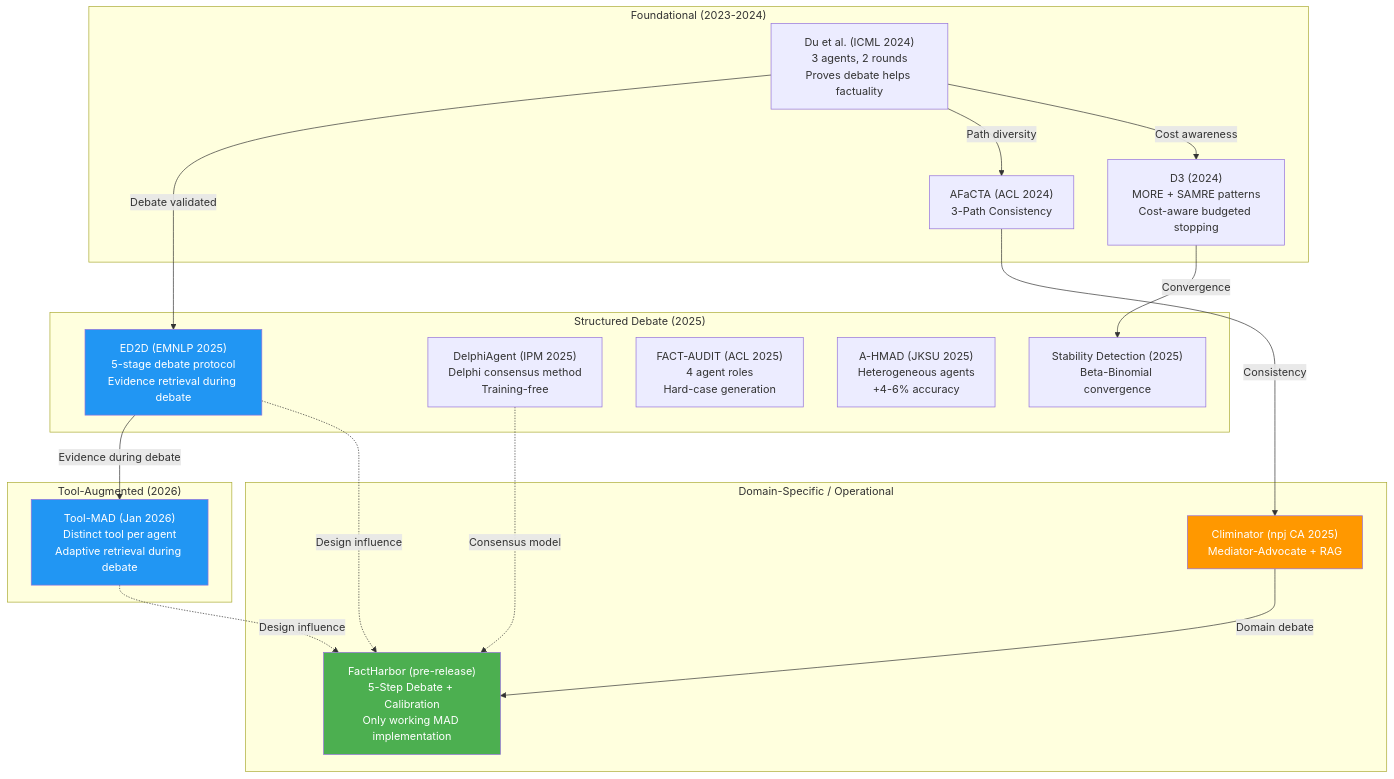
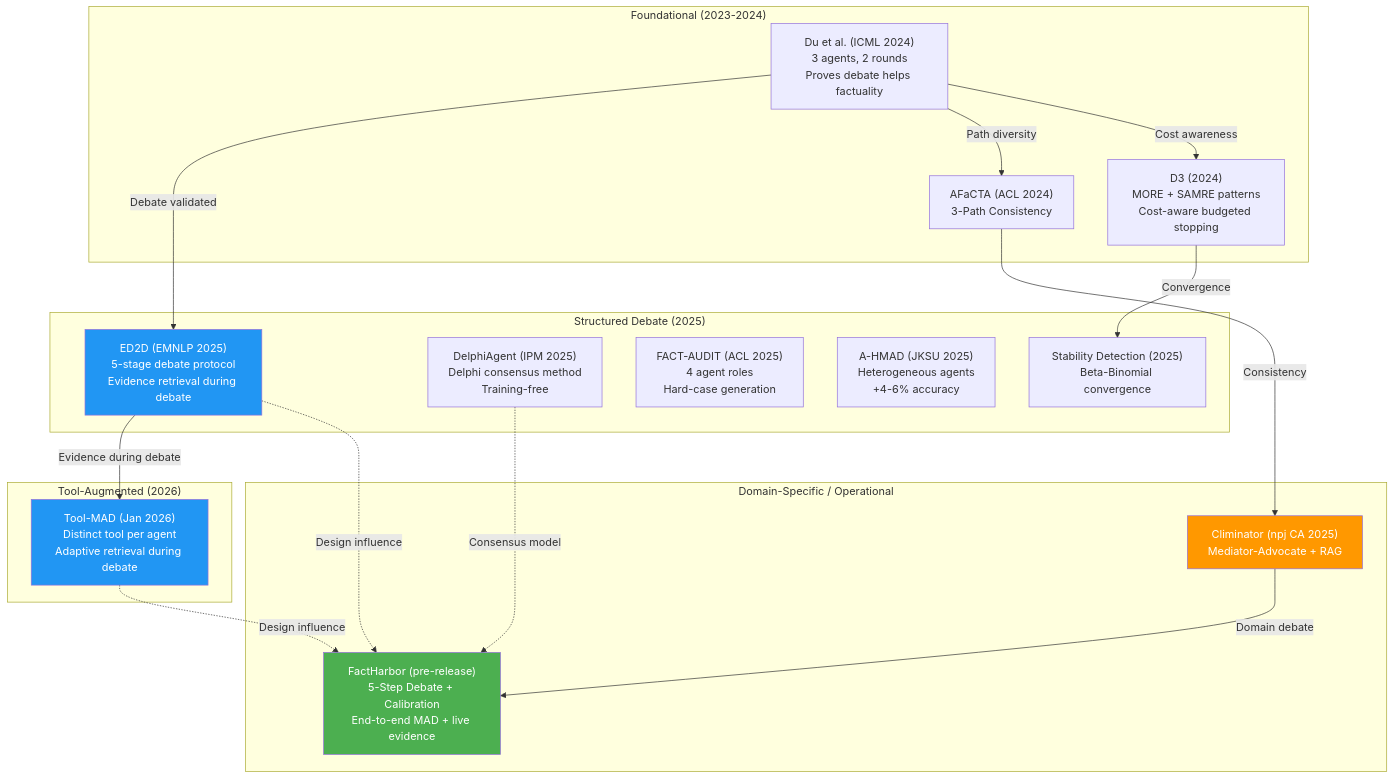
Before and after one commit to robertschaub/FactHarbor: the fifth of 5 diagrams in Docs/Knowledge/Stammbach_Research_Ecosystem_and_FactHarbor_Opportunities.md, drawn with Mermaid. The commit also changed other lines of this file and 5 other files, not shown here.

First line of the commit message:
docs: correct MAD implementation claim across 6 documents

````diff
--- a/Docs/Knowledge/Stammbach_Research_Ecosystem_and_FactHarbor_Opportunities.md
+++ b/Docs/Knowledge/Stammbach_Research_Ecosystem_and_FactHarbor_Opportunities.md
@@ -429,41 +429,41 @@
 ```mermaid
 graph TD
     subgraph "Foundational (2023-2024)"
         DU["Du et al. (ICML 2024)<br/>3 agents, 2 rounds<br/>Proves debate helps factuality"]
         AF["AFaCTA (ACL 2024)<br/>3-Path Consistency"]
         D3["D3 (2024)<br/>MORE + SAMRE patterns<br/>Cost-aware budgeted stopping"]
     end
 
     subgraph "Structured Debate (2025)"
         ED["ED2D (EMNLP 2025)<br/>5-stage debate protocol<br/>Evidence retrieval during debate"]
         DP["DelphiAgent (IPM 2025)<br/>Delphi consensus method<br/>Training-free"]
         FA["FACT-AUDIT (ACL 2025)<br/>4 agent roles<br/>Hard-case generation"]
         AH["A-HMAD (JKSU 2025)<br/>Heterogeneous agents<br/>+4-6% accuracy"]
         MS["Stability Detection (2025)<br/>Beta-Binomial convergence"]
     end
 
     subgraph "Tool-Augmented (2026)"
         TM["Tool-MAD (Jan 2026)<br/>Distinct tool per agent<br/>Adaptive retrieval during debate"]
     end
 
     subgraph "Domain-Specific / Operational"
         CL["Climinator (npj CA 2025)<br/>Mediator-Advocate + RAG"]
-        FH["FactHarbor (pre-release)<br/>5-Step Debate + Calibration<br/>Only working MAD implementation"]
+        FH["FactHarbor (pre-release)<br/>5-Step Debate + Calibration<br/>End-to-end MAD + live evidence"]
     end
 
     DU -->|"Debate validated"| ED
     DU -->|"Path diversity"| AF
     DU -->|"Cost awareness"| D3
     D3 -->|"Convergence"| MS
     ED -->|"Evidence during debate"| TM
     AF -->|"Consistency"| CL
     CL -->|"Domain debate"| FH
     TM -.->|"Design influence"| FH
     ED -.->|"Design influence"| FH
     DP -.->|"Consensus model"| FH
 
     style FH fill:#4CAF50,color:#fff
     style ED fill:#2196F3,color:#fff
     style TM fill:#2196F3,color:#fff
     style CL fill:#FF9800,color:#fff
 ```
````
